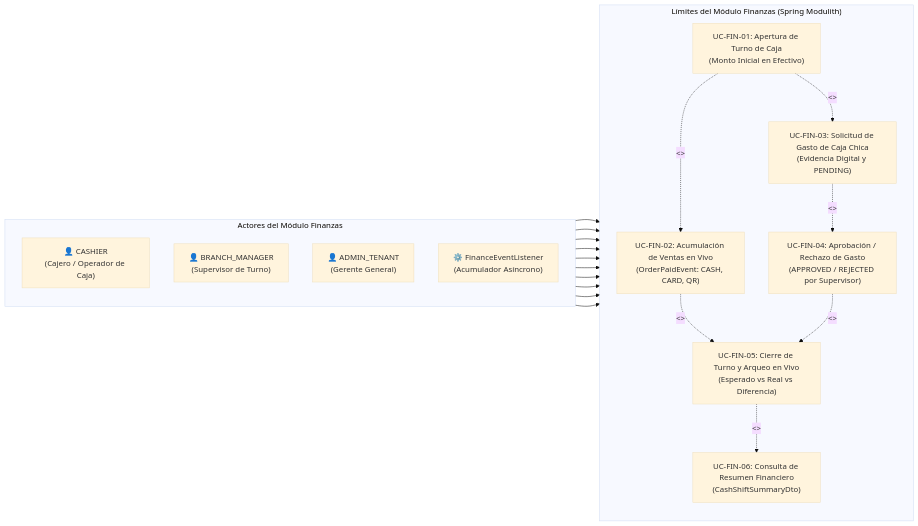
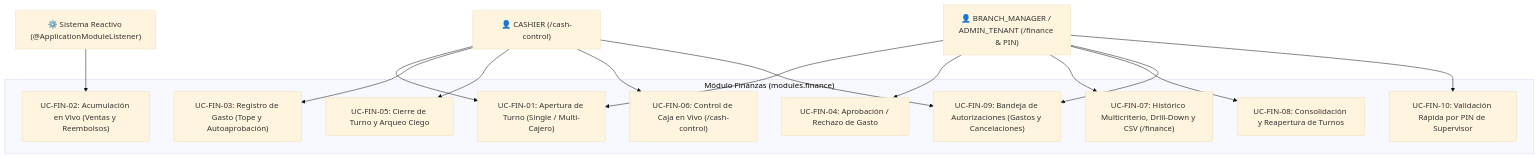
The diagram in docs/project/architecture/03-use-cases/use_cases_finance.md (vakajose/gestion-restaurante), drawn with Mermaid (base theme) before and after one commit. The commit also changed other lines of this file and 156 other files, not shown here.

````diff
--- a/docs/project/architecture/03-use-cases/use_cases_finance.md
+++ b/docs/project/architecture/03-use-cases/use_cases_finance.md
@@ -27,45 +26,32 @@
 ```mermaid
-flowchart LR
-    %% Actores
-    subgraph Actores["Actores del Módulo Finanzas"]
-        direction TB
-        Act_CS["👤 CASHIER<br/>(Cajero / Operador de Caja)"]
-        Act_BM["👤 BRANCH_MANAGER<br/>(Supervisor de Turno)"]
-        Act_AT["👤 ADMIN_TENANT<br/>(Gerente General)"]
-        Act_SYS["⚙️ FinanceEventListener<br/>(Acumulador Asíncrono)"]
+flowchart TB
+    Cashier["👤 CASHIER (/cash-control)"]
+    Sup["👤 BRANCH_MANAGER / ADMIN_TENANT (/finance & PIN)"]
+    Sys["⚙️ Sistema Reactivo (@ApplicationModuleListener)"]
+
+    subgraph Mod_Fin["Módulo Finanzas (modules.finance)"]
+        UC01["UC-FIN-01: Apertura de Turno (Single / Multi-Cajero)"]
+        UC02["UC-FIN-02: Acumulación en Vivo (Ventas y Reembolsos)"]
+        UC03["UC-FIN-03: Registro de Gasto (Tope y Autoaprobación)"]
+        UC04["UC-FIN-04: Aprobación / Rechazo de Gasto"]
+        UC05["UC-FIN-05: Cierre de Turno y Arqueo Ciego"]
+        UC06["UC-FIN-06: Control de Caja en Vivo (/cash-control)"]
+        UC07["UC-FIN-07: Histórico Multicriterio, Drill-Down y CSV (/finance)"]
+        UC08["UC-FIN-08: Consolidación y Reapertura de Turnos"]
+        UC09["UC-FIN-09: Bandeja de Autorizaciones (Gastos y Cancelaciones)"]
+        UC10["UC-FIN-10: Validación Rápida por PIN de Supervisor"]
     end
 
-    %% Casos de Uso
-    subgraph Mod_Finance["Límites del Módulo Finanzas (Spring Modulith)"]
-        direction TB
-        UC_FIN_01["UC-FIN-01: Apertura de Turno de Caja<br/>(Monto Inicial en Efectivo)"]
-        UC_FIN_02["UC-FIN-02: Acumulación de Ventas en Vivo<br/>(OrderPaidEvent: CASH, CARD, QR)"]
-        UC_FIN_03["UC-FIN-03: Solicitud de Gasto de Caja Chica<br/>(Evidencia Digital y PENDING)"]
-        UC_FIN_04["UC-FIN-04: Aprobación / Rechazo de Gasto<br/>(APPROVED / REJECTED por Supervisor)"]
-        UC_FIN_05["UC-FIN-05: Cierre de Turno y Arqueo en Vivo<br/>(Esperado vs Real vs Diferencia)"]
-        UC_FIN_06["UC-FIN-06: Consulta de Resumen Financiero<br/>(CashShiftSummaryDto)"]
-    end
-
-    %% Asociaciones de Actores
-    Act_CS --> UC_FIN_01
-    Act_CS --> UC_FIN_03
-    Act_CS --> UC_FIN_05
-    Act_CS --> UC_FIN_06
-
-    Act_BM --> UC_FIN_04
-    Act_BM --> UC_FIN_05
-    Act_BM --> UC_FIN_06
-
-    Act_AT --> UC_FIN_04
-    Act_AT --> UC_FIN_06
-
-    Act_SYS --> UC_FIN_02
-
-    %% Relaciones entre Casos de Uso
-    UC_FIN_01 -.->|"<<habilita>>"| UC_FIN_02
-    UC_FIN_01 -.->|"<<asocia>>"| UC_FIN_03
-    UC_FIN_03 -.->|"<<requiere aprobación>>"| UC_FIN_04
-    UC_FIN_02 -.->|"<<consolida ventas>>"| UC_FIN_05
-    UC_FIN_04 -.->|"<<consolida egresos aprobados>>"| UC_FIN_05
-    UC_FIN_05 -.->|"<<cierra y resume>>"| UC_FIN_06
+    Cashier --> UC01
+    Cashier --> UC03
+    Cashier --> UC05
+    Cashier --> UC06
+    Cashier --> UC09
+    Sup --> UC01
+    Sup --> UC04
+    Sup --> UC07
+    Sup --> UC08
+    Sup --> UC09
+    Sup --> UC10
+    Sys --> UC02
 ```
````
